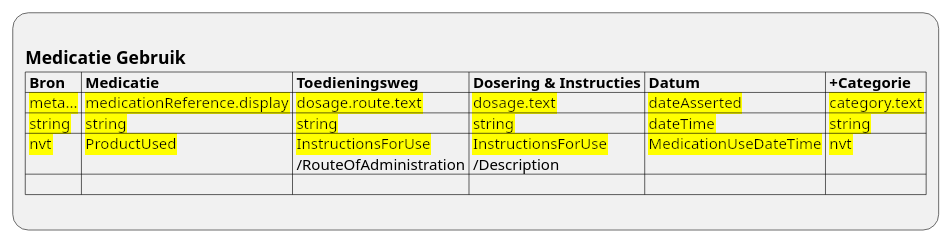
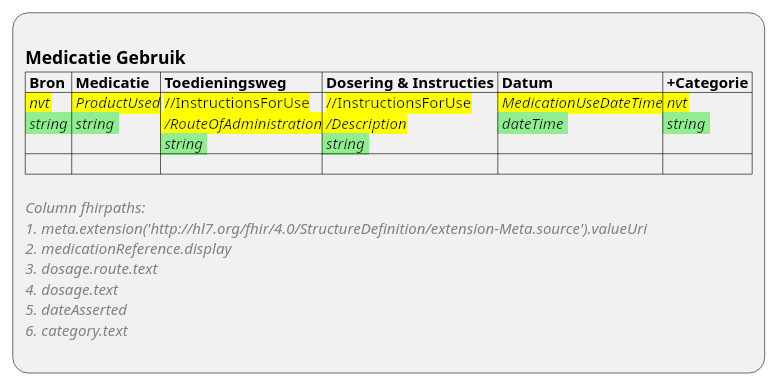
One commit to RIVO-Noord/zorgviewer-ig changed the diagram in input/images-source/ViewDefinition-MedicationStatement.plantuml. Above: the diagram before and after it, drawn with PlantUML. The commit also changed 11 other files, not shown here.

```diff
--- a/input/images-source/ViewDefinition-MedicationStatement.plantuml
+++ b/input/images-source/ViewDefinition-MedicationStatement.plantuml
@@ -1,10 +1,16 @@
 @startuml ViewDefinition-MedicationStatement
 :
 == Medicatie Gebruik
 |= Bron |= Medicatie |= Toedieningsweg |= Dosering & Instructies |= Datum |= +Categorie |
-|<back:yellow> meta... |<back:yellow> medicationReference.display |<back:yellow> dosage.route.text |<back:yellow> dosage.text |<back:yellow> dateAsserted |<back:yellow> category.text |
-|<back:yellow> string |<back:yellow> string |<back:yellow> string |<back:yellow> string |<back:yellow> dateTime |<back:yellow> string |
-|<back:yellow> nvt |<back:yellow> ProductUsed |<back:yellow> InstructionsForUse\n /RouteOfAdministration |<back:yellow> InstructionsForUse\n /Description |<back:yellow> MedicationUseDateTime |<back:yellow> nvt |
+|<back:yellow> //nvt//\n<back:lightgreen> //string// |<back:yellow> //ProductUsed//\n<back:lightgreen> //string// |<back:yellow> //InstructionsForUse\n<back:yellow> ///RouteOfAdministration//\n<back:lightgreen> //string// |<back:yellow> //InstructionsForUse\n<back:yellow> ///Description//\n<back:lightgreen> //string// |<back:yellow> //MedicationUseDateTime//\n<back:lightgreen> //dateTime// |<back:yellow> //nvt//\n<back:lightgreen> //string// |
 | |
+
+<color:gray>//Column fhirpaths://
+<color:gray>//1. meta.extension('http:~//hl7.org/fhir/4.0/StructureDefinition/extension-Meta.source').valueUri//
+<color:gray>//2. medicationReference.display//
+<color:gray>//3. dosage.route.text//
+<color:gray>//4. dosage.text//
+<color:gray>//5. dateAsserted//
+<color:gray>//6. category.text//
 ;
 @enduml
```
